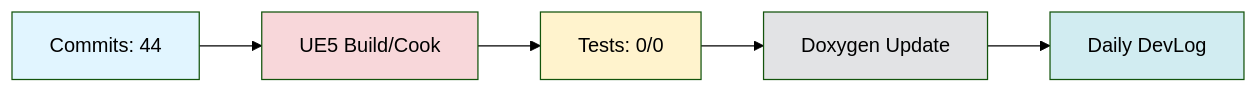
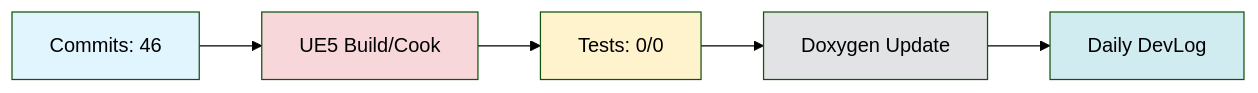
Before and after one commit to doppleddiggong/YiSan: the diagram in Documents/DevLog/Daily/2025-11-08.md, drawn with Mermaid (forest theme). The commit also changed other lines of this file, not shown here.

````diff
--- a/Documents/DevLog/Daily/2025-11-08.md
+++ b/Documents/DevLog/Daily/2025-11-08.md
@@ -104,13 +104,13 @@
 ```mermaid
 flowchart LR
-  Dev[Commits: 44] --> Build[UE5 Build/Cook]
+  Dev[Commits: 46] --> Build[UE5 Build/Cook]
   Build --> Test[Tests: 0/0]
   Test --> Doc[Doxygen Update]
   Doc --> Daily[Daily DevLog]
 
   style Dev fill:#e1f5ff
   style Build fill:#f8d7da
   style Test fill:#fff3cd
   style Doc fill:#e2e3e5
   style Daily fill:#d1ecf1
 ```
````
